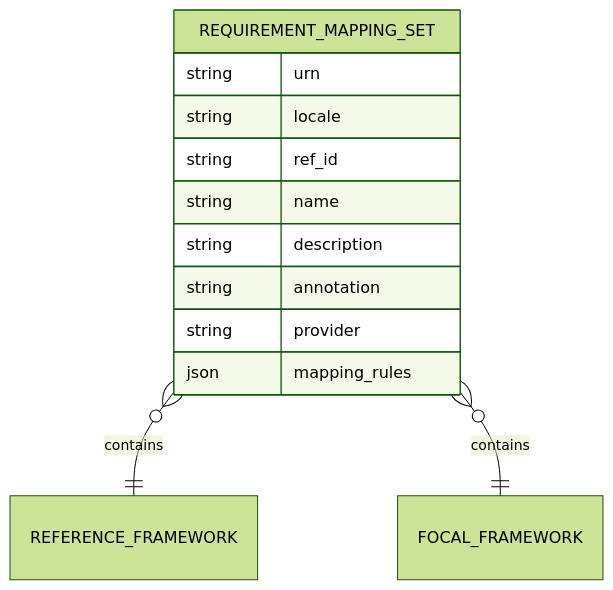
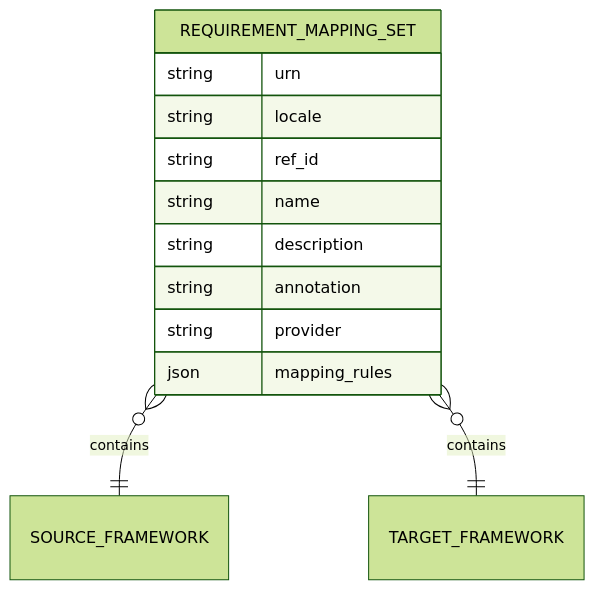
The fifth of 7 diagrams in documentation/architecture/data-model.md (intuitem/ciso-assistant-community), drawn with Mermaid (forest theme) before and after one commit. The commit also changed other lines of this file and 24 other files, not shown here.

````diff
--- a/documentation/architecture/data-model.md
+++ b/documentation/architecture/data-model.md
@@ -309,19 +309,19 @@
 ```mermaid
 erDiagram
-    REQUIREMENT_MAPPING_SET   }o--|| REFERENCE_FRAMEWORK : contains
-    REQUIREMENT_MAPPING_SET   }o--|| FOCAL_FRAMEWORK     : contains
+    REQUIREMENT_MAPPING_SET   }o--|| SOURCE_FRAMEWORK : contains
+    REQUIREMENT_MAPPING_SET   }o--|| TARGET_FRAMEWORK : contains
 
     REQUIREMENT_MAPPING_SET {
         string    urn
         string    locale
         string    ref_id
         string    name
         string    description
         string    annotation
         string    provider
 
         json      mapping_rules
     }
 
 
 ```
````
